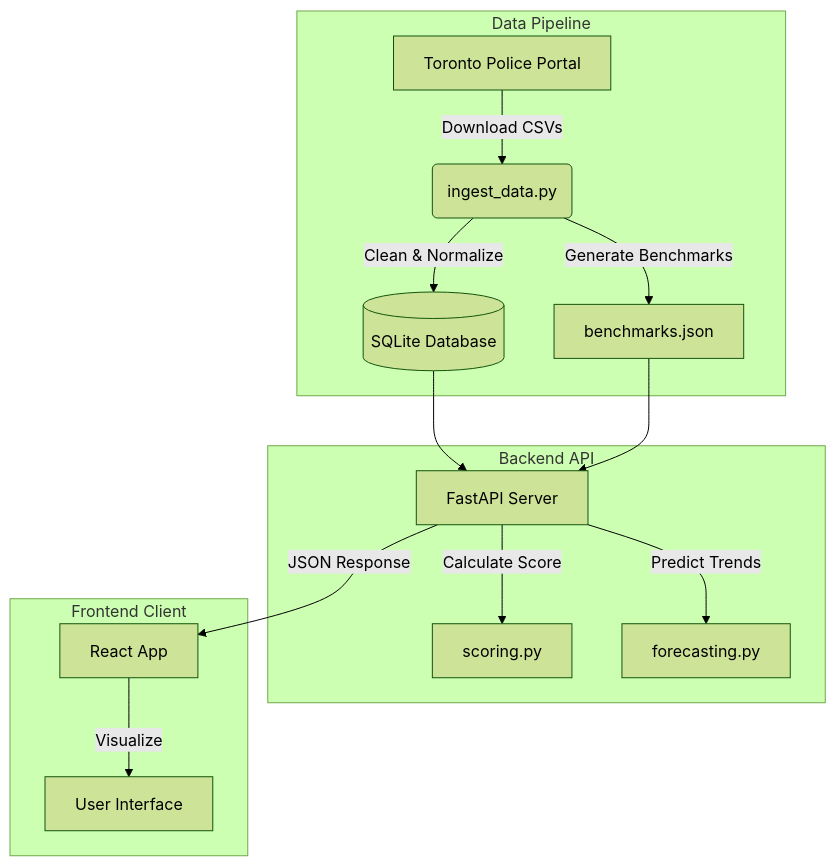
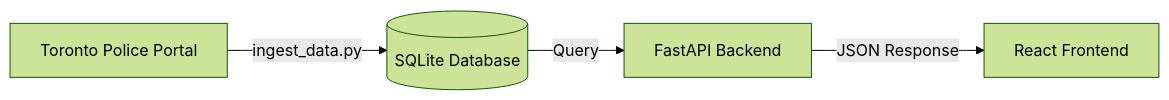
One commit to WHATDOESTHEFOXSAY2U/Toronto-Fast-Crime-API changed the diagram in README.md. Above: the diagram before and after it, drawn with Mermaid (forest theme). The commit also changed other lines of this file, not shown here.

Commit message:
ReadME Update

````diff
--- a/README.md
+++ b/README.md
@@ -20,20 +20,6 @@
 ```mermaid
-graph TD
-    subgraph "Data Pipeline"
-        A[Toronto Police Portal] -->|Download CSVs| B(ingest_data.py)
-        B -->|Clean & Normalize| C[(SQLite Database)]
-        B -->|Generate Benchmarks| D[benchmarks.json]
-    end
-
-    subgraph "Backend API"
-        C --> E[FastAPI Server]
-        D --> E
-        E -->|Calculate Score| F[scoring.py]
-        E -->|Predict Trends| G[forecasting.py]
-    end
-
-    subgraph "Frontend Client"
-        E -->|JSON Response| H[React App]
-        H -->|Visualize| I[User Interface]
-    end
+graph LR
+    A[Toronto Police Portal] -->|ingest_data.py| B[(SQLite Database)]
+    B -->|Query| C[FastAPI Backend]
+    C -->|JSON Response| D[React Frontend]
 ```
````
